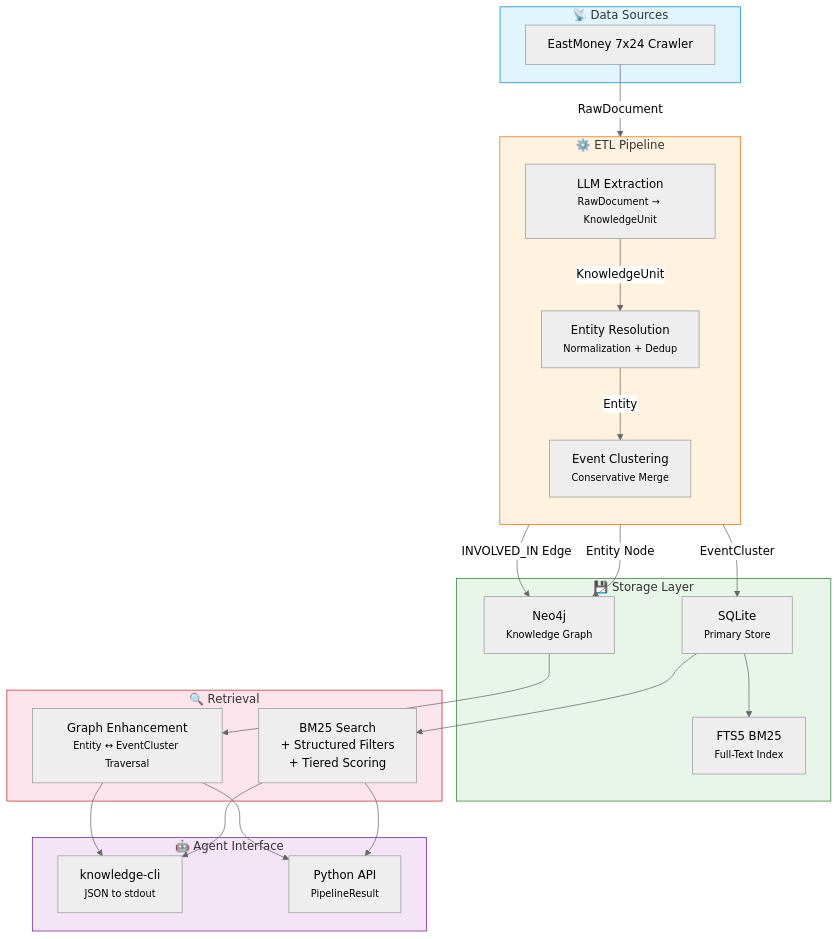
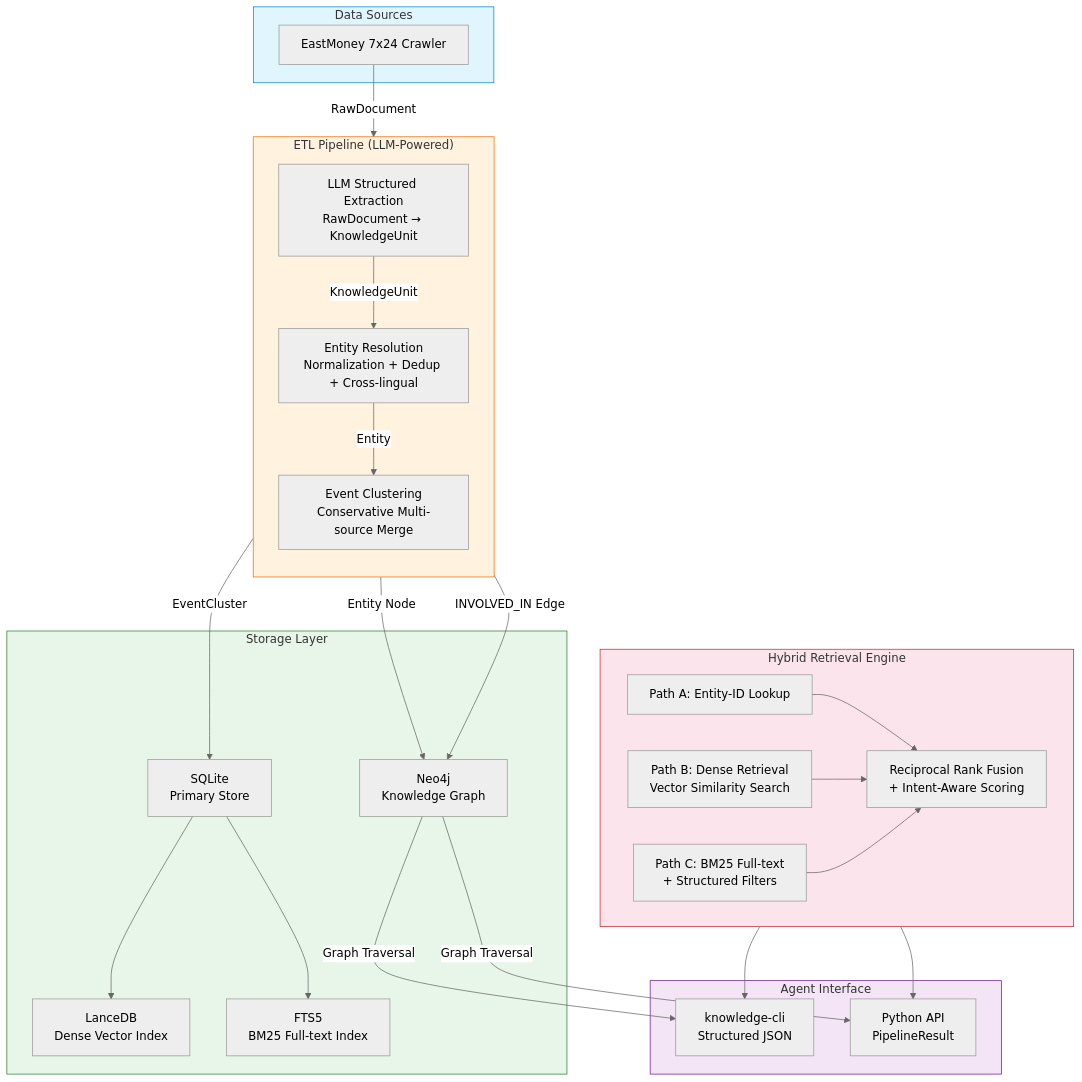
The first of 3 diagrams in README.md (yiwufen/news), drawn with Mermaid (neutral theme) before and after one commit. The commit also changed other lines of this file and 25 other files, not shown here.

First line of the commit message:
feat: Add entity extraction evaluation and labeling scripts

````diff
--- a/README.md
+++ b/README.md
@@ -23,50 +34,56 @@
 ```mermaid
 flowchart TB
-    subgraph Sources["📡 Data Sources"]
+    subgraph Sources["Data Sources"]
         EM["EastMoney 7x24 Crawler"]
     end
 
-    subgraph ETL["⚙️ ETL Pipeline"]
+    subgraph ETL["ETL Pipeline (LLM-Powered)"]
         direction TB
-        EXT["LLM Extraction<br/><small>RawDocument → KnowledgeUnit</small>"]
-        ENT["Entity Resolution<br/><small>Normalization + Dedup</small>"]
-        CLU["Event Clustering<br/><small>Conservative Merge</small>"]
+        EXT["LLM Structured Extraction<br/>RawDocument → KnowledgeUnit"]
+        ENT["Entity Resolution<br/>Normalization + Dedup + Cross-lingual"]
+        CLU["Event Clustering<br/>Conservative Multi-source Merge"]
     end
 
-    subgraph Storage["💾 Storage Layer"]
-        SQL["SQLite<br/><small>Primary Store</small>"]
-        NEO["Neo4j<br/><small>Knowledge Graph</small>"]
-        FTS["FTS5 BM25<br/><small>Full-Text Index</small>"]
+    subgraph Storage["Storage Layer"]
+        SQL["SQLite<br/>Primary Store"]
+        NEO["Neo4j<br/>Knowledge Graph"]
+        LDB["LanceDB<br/>Dense Vector Index"]
+        FTS["FTS5<br/>BM25 Full-text Index"]
     end
 
-    subgraph Retrieval["🔍 Retrieval"]
-        BM25["BM25 Search<br/>+ Structured Filters<br/>+ Tiered Scoring"]
-        GPH["Graph Enhancement<br/><small>Entity ↔ EventCluster Traversal</small>"]
+    subgraph Retrieval["Hybrid Retrieval Engine"]
+        direction LR
+        EID["Path A: Entity-ID Lookup"]
+        DENSE["Path B: Dense Retrieval<br/>Vector Similarity Search"]
+        BM25["Path C: BM25 Full-text<br/>+ Structured Filters"]
+        RRF["Reciprocal Rank Fusion<br/>+ Intent-Aware Scoring"]
     end
 
-    subgraph Output["🤖 Agent Interface"]
-        CLI["knowledge-cli<br/><small>JSON to stdout</small>"]
-        API["Python API<br/><small>PipelineResult</small>"]
+    subgraph Output["Agent Interface"]
+        CLI["knowledge-cli<br/>Structured JSON"]
+        API["Python API<br/>PipelineResult"]
     end
 
     EM -->|"RawDocument"| EXT
     EXT -->|"KnowledgeUnit"| ENT
     ENT -->|"Entity"| CLU
     CLU -->|"EventCluster"| SQL
     ENT -->|"Entity Node"| NEO
     CLU -->|"INVOLVED_IN Edge"| NEO
     SQL --> FTS
+    SQL --> LDB
 
-    SQL --> BM25
-    NEO --> GPH
-    BM25 --> CLI
-    BM25 --> API
-    GPH --> CLI
-    GPH --> API
+    EID --> RRF
+    DENSE --> RRF
+    BM25 --> RRF
+    RRF --> CLI
+    RRF --> API
+    NEO -->|"Graph Traversal"| CLI
+    NEO -->|"Graph Traversal"| API
 
     style Sources fill:#e1f5fe,stroke:#0288d1
     style ETL fill:#fff3e0,stroke:#ef6c00
     style Storage fill:#e8f5e9,stroke:#2e7d32
     style Retrieval fill:#fce4ec,stroke:#c62828
     style Output fill:#f3e5f5,stroke:#6a1b9a
 ```
````
